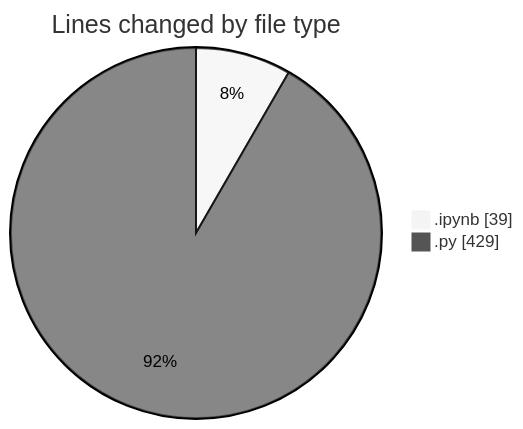
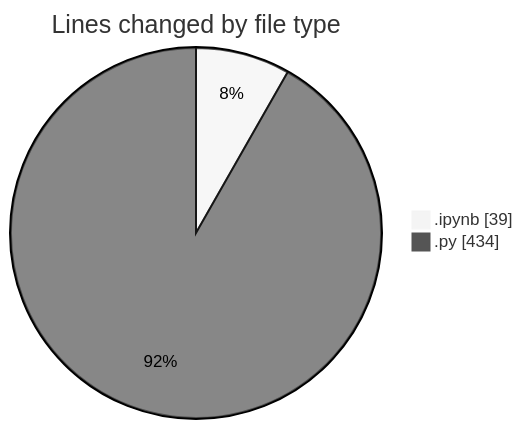
One commit to MatusMokan/code-tracking changed the first of 2 diagrams in 2025-03-15/myws__workspace_/README.md. Above: the diagram before and after it, drawn with Mermaid (neutral theme). The commit also changed other lines of this file and 1 other file, not shown here.

````diff
--- a/2025-03-15/myws__workspace_/README.md
+++ b/2025-03-15/myws__workspace_/README.md
@@ -21,6 +21,6 @@
 ```mermaid
 pie showData
 title Lines changed by file type
 ".ipynb" : 39
-".py" : 429
+".py" : 434
 ```
````
